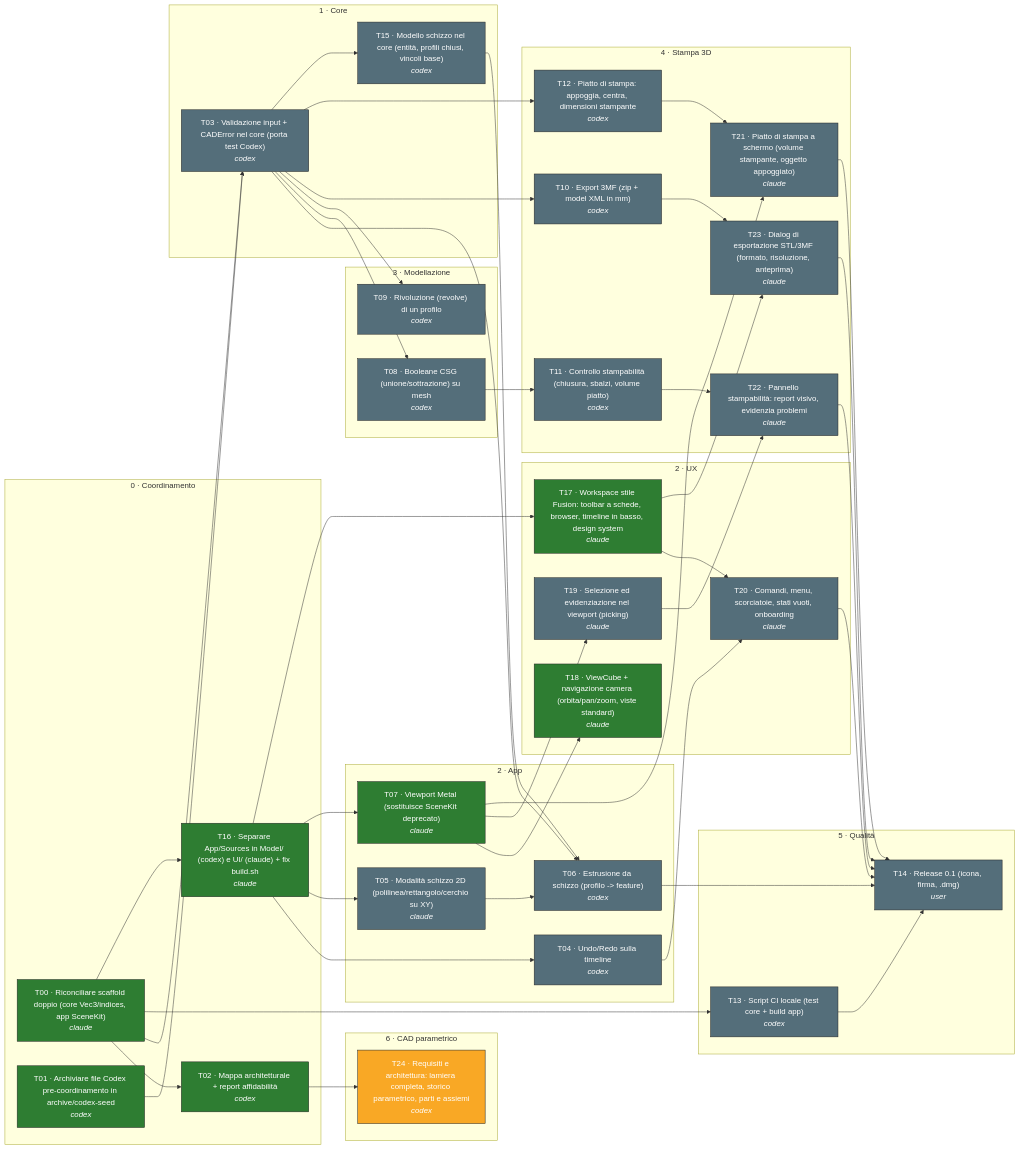
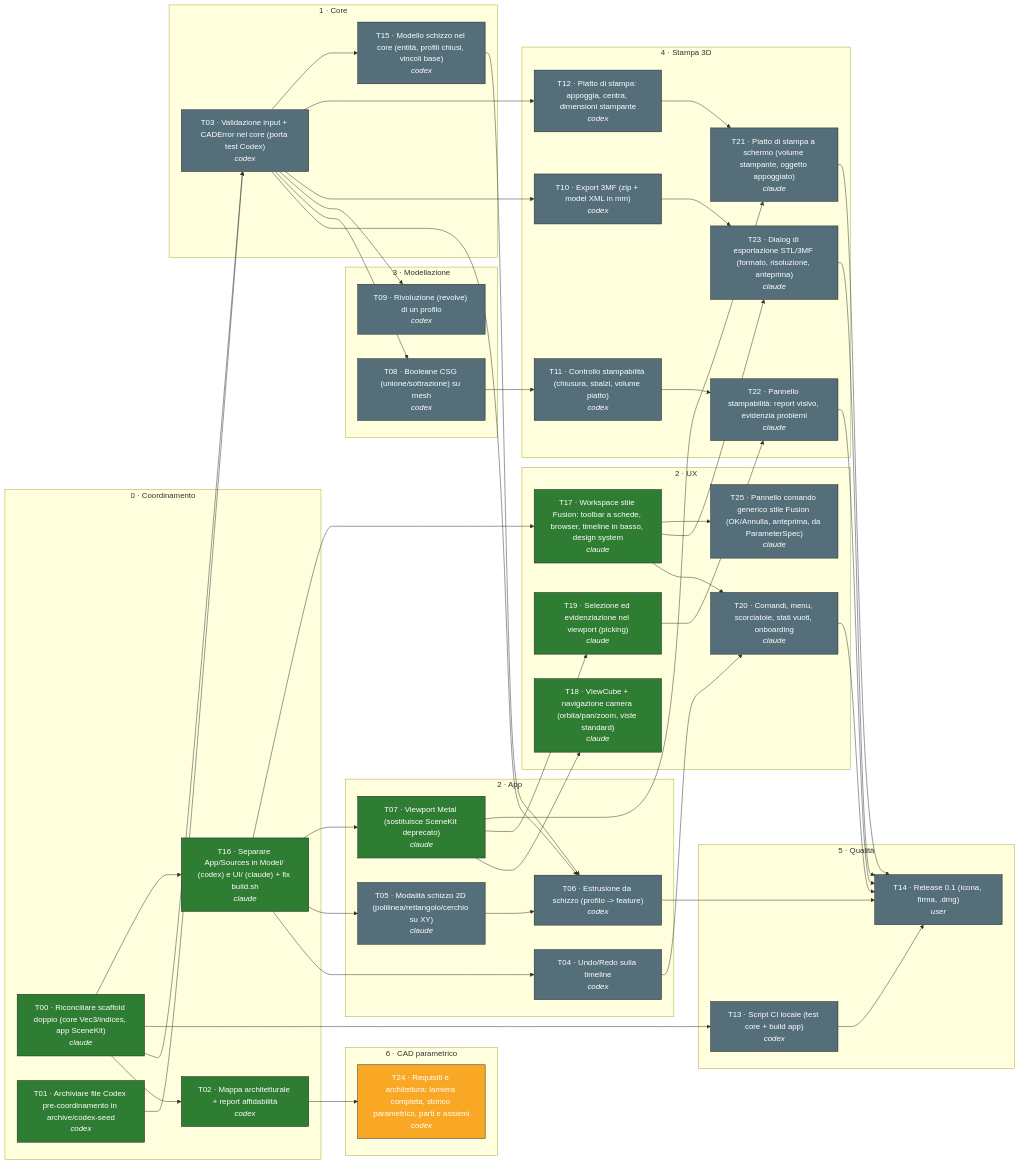
Before and after one commit to t4k3/cad-takeoff: the diagram in docs/graph/GRAPH.md, drawn with Mermaid. The commit also changed other lines of this file and 5 other files, not shown here.

Commit message:
[T19] Selezione e hover dei corpi nel viewport

```diff
--- a/docs/graph/GRAPH.md
+++ b/docs/graph/GRAPH.md
@@ -41,8 +41,9 @@
   subgraph P6["2 · UX"]
     T17["T17 · Workspace stile Fusion: toolbar a schede, browser, timeline in basso, design system<br/><i>claude</i>"]:::done
     T18["T18 · ViewCube + navigazione camera (orbita/pan/zoom, viste standard)<br/><i>claude</i>"]:::done
-    T19["T19 · Selezione ed evidenziazione nel viewport (picking)<br/><i>claude</i>"]:::todo
+    T19["T19 · Selezione ed evidenziazione nel viewport (picking)<br/><i>claude</i>"]:::done
     T20["T20 · Comandi, menu, scorciatoie, stati vuoti, onboarding<br/><i>claude</i>"]:::todo
+    T25["T25 · Pannello comando generico stile Fusion (OK/Annulla, anteprima, da ParameterSpec)<br/><i>claude</i>"]:::todo
   end
   subgraph P7["6 · CAD parametrico"]
     T24["T24 · Requisiti e architettura: lamiera completa, storico parametrico, parti e assiemi<br/><i>codex</i>"]:::in_progress
@@ -82,6 +83,7 @@
   T10 --> T23
   T17 --> T23
   T02 --> T24
+  T17 --> T25
   classDef done fill:#2e7d32,color:#fff,stroke:#222
   classDef in_progress fill:#f9a825,color:#fff,stroke:#222
   classDef blocked fill:#c62828,color:#fff,stroke:#222
```
